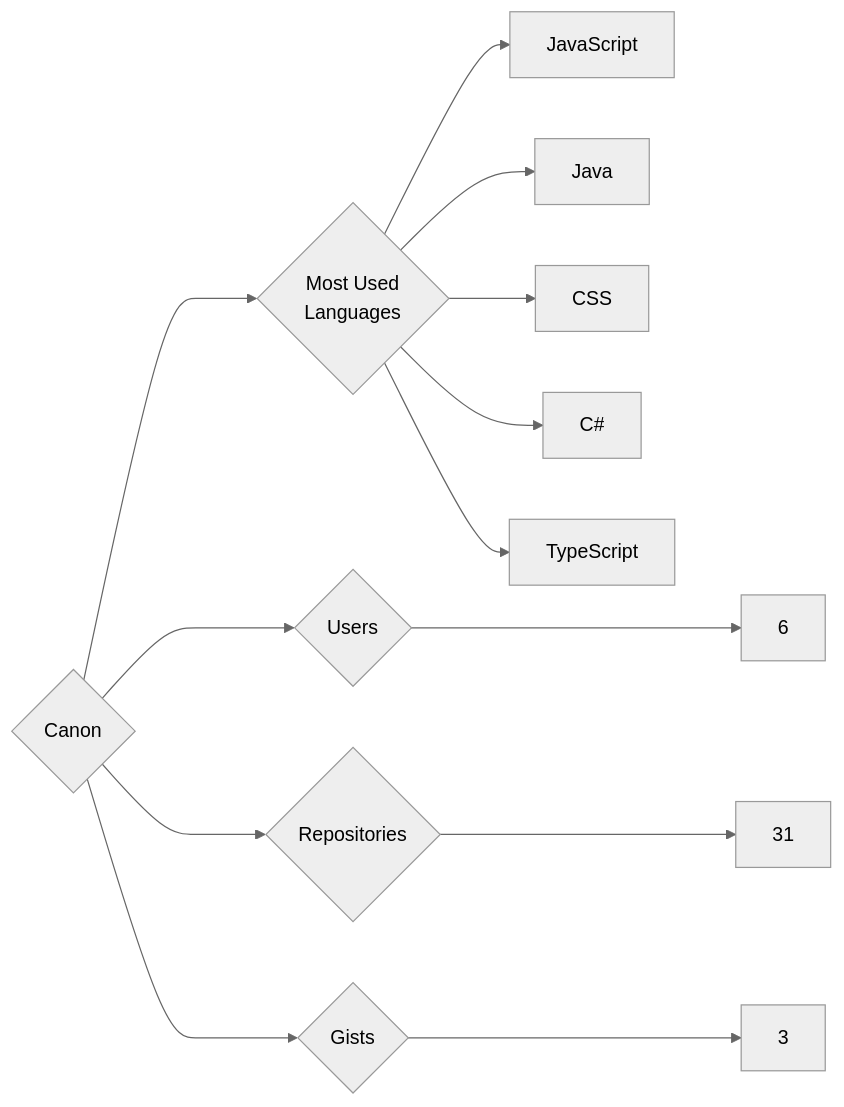
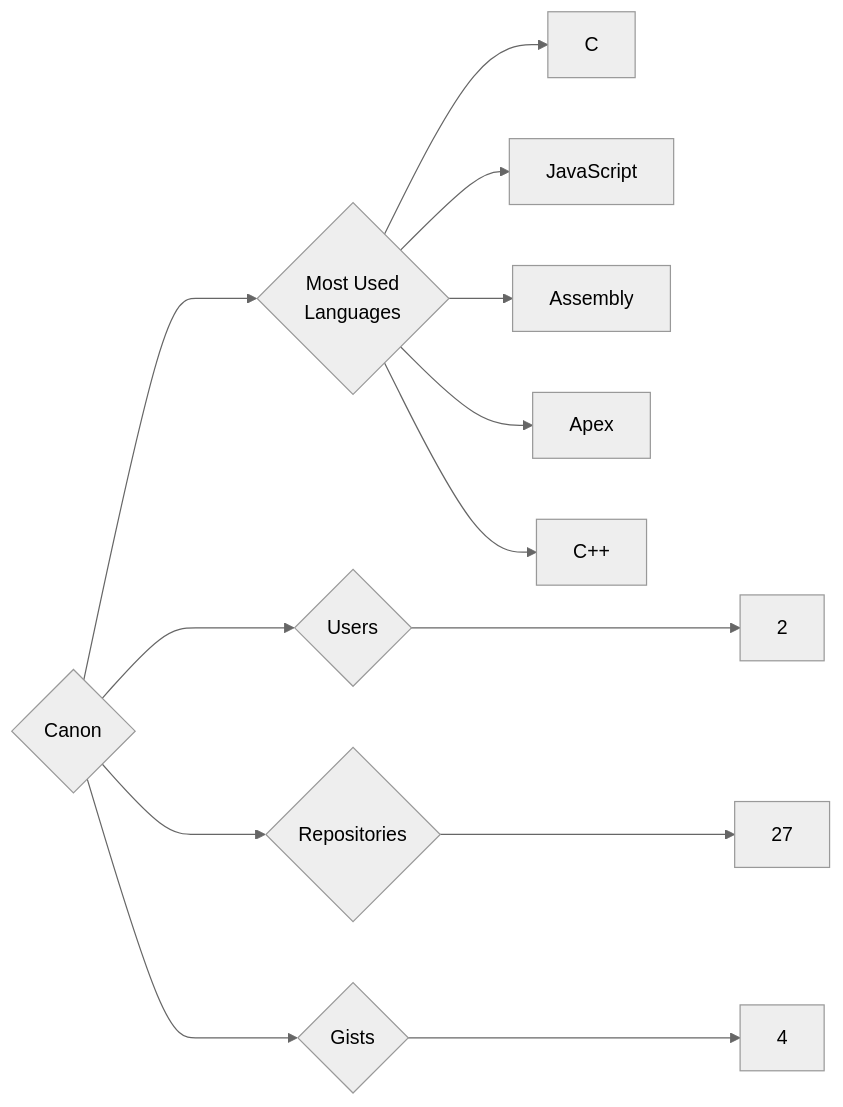
Before and after one commit to trickest/insiders: the diagram in targets/Canon/README.md, drawn with Mermaid (neutral theme). The commit also changed 559 other files, not shown here.

````diff
--- a/targets/Canon/README.md
+++ b/targets/Canon/README.md
@@ -3,13 +3,13 @@
 ```mermaid
 graph LR
 COMPANY_NAME{Canon}
-COMPANY_NAME ---> U{Users} ---> UN[6]
-COMPANY_NAME ---> R{Repositories} ---> RN[31]
-COMPANY_NAME ---> G{Gists} ---> GN[3]
+COMPANY_NAME ---> U{Users} ---> UN[2]
+COMPANY_NAME ---> R{Repositories} ---> RN[27]
+COMPANY_NAME ---> G{Gists} ---> GN[4]
 COMPANY_NAME ---> ML{Most Used<br>Languages}
+ML --> C[C]
 ML --> JavaScript[JavaScript]
-ML --> Java[Java]
-ML --> CSS[CSS]
-ML --> C#[C#]
-ML --> TypeScript[TypeScript]
+ML --> Assembly[Assembly]
+ML --> Apex[Apex]
+ML --> C++[C++]
 ```
````
